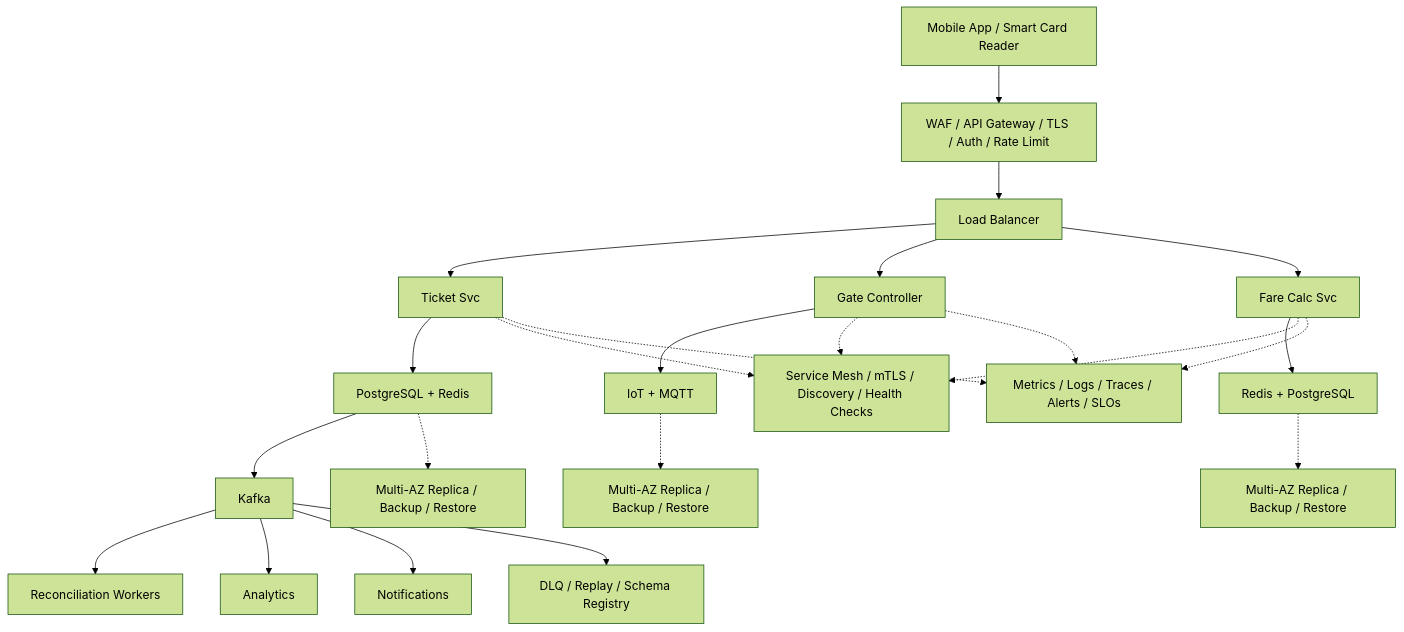
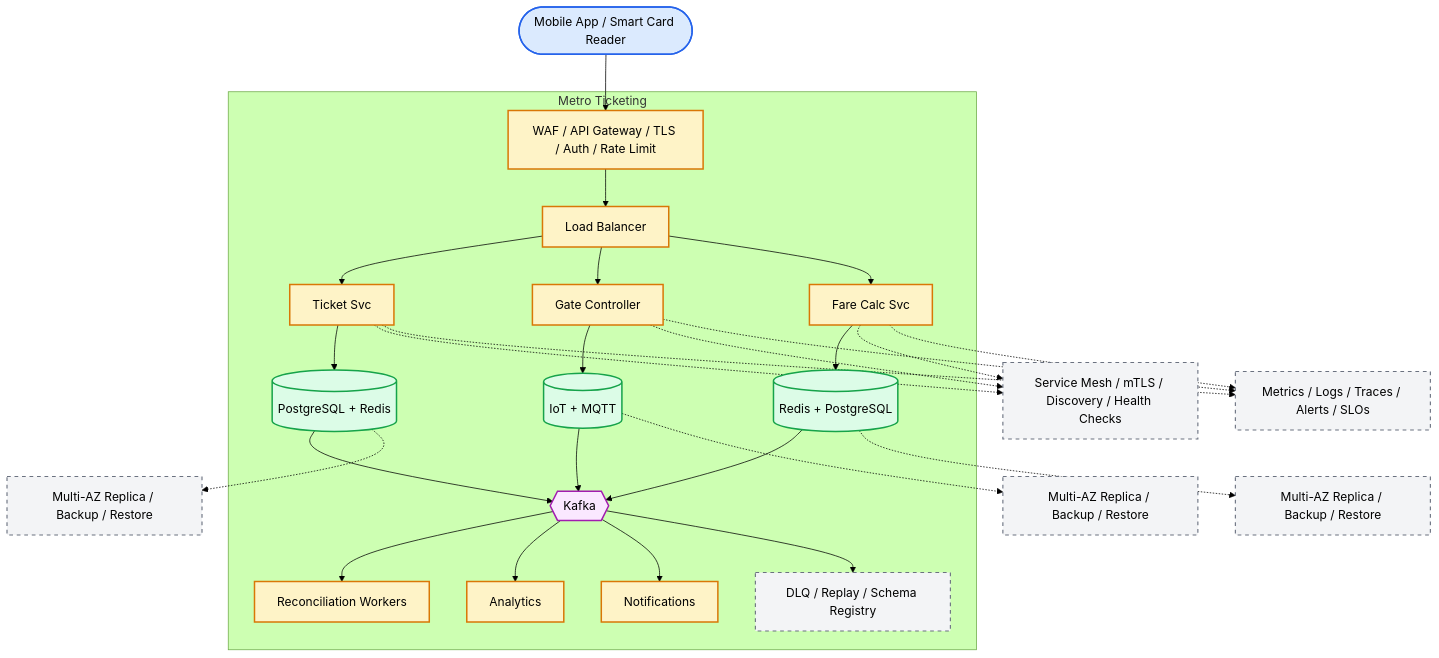
One commit to aishwary11/system-design changed the diagram in system-design-metro-ticketing.md. Above: the diagram before and after it, drawn with Mermaid (forest theme). The commit also changed other lines of this file and 36 other files, not shown here.

First line of the commit message:
Standardize all diagrams on C4-style Mermaid template

````diff
--- a/system-design-metro-ticketing.md
+++ b/system-design-metro-ticketing.md
@@ -44,25 +44,65 @@
 ```mermaid
 flowchart TB
-    clients["Mobile App / Smart Card Reader"] --> edge["WAF / API Gateway / TLS / Auth / Rate Limit"]
-    edge --> lb["Load Balancer"]
-    lb --> svc0["Ticket Svc"]
-    lb --> svc1["Gate Controller"]
-    lb --> svc2["Fare Calc Svc"]
-    svc0 --> store0["PostgreSQL + Redis"]
-    svc1 --> store1["IoT + MQTT"]
-    svc2 --> store2["Redis + PostgreSQL"]
-    store0 --> stream["Kafka"]
-    stream --> worker0["Reconciliation Workers"]
-    stream --> worker1["Analytics"]
-    stream --> worker2["Notifications"]
-    svc0 -.-> platform["Service Mesh / mTLS / Discovery / Health Checks"]
-    svc1 -.-> platform
-    svc2 -.-> platform
-    store0 -.-> backup0["Multi-AZ Replica / Backup / Restore"]
-    store1 -.-> backup1["Multi-AZ Replica / Backup / Restore"]
-    store2 -.-> backup2["Multi-AZ Replica / Backup / Restore"]
-    stream --> dlq["DLQ / Replay / Schema Registry"]
-    svc0 -.-> ops["Metrics / Logs / Traces / Alerts / SLOs"]
+    %% Actors (people)
+    clients(["Mobile App / Smart Card Reader"])
+
+    %% System boundary - containers owned by the platform
+    subgraph platform["Metro Ticketing"]
+        edge["WAF / API Gateway / TLS / Auth / Rate Limit"]
+        lb["Load Balancer"]
+        svc0["Ticket Svc"]
+        svc1["Gate Controller"]
+        svc2["Fare Calc Svc"]
+        store0[("PostgreSQL + Redis")]
+        store1[("IoT + MQTT")]
+        store2[("Redis + PostgreSQL")]
+        stream{{"Kafka"}}
+        worker0["Reconciliation Workers"]
+        worker1["Analytics"]
+        worker2["Notifications"]
+        dlq["DLQ / Replay / Schema Registry"]
+    end
+
+    %% Cross-cutting control plane (dashed edges)
+    mesh["Service Mesh / mTLS / Discovery / Health Checks"]
+    ops["Metrics / Logs / Traces / Alerts / SLOs"]
+    backup0["Multi-AZ Replica / Backup / Restore"]
+    backup1["Multi-AZ Replica / Backup / Restore"]
+    backup2["Multi-AZ Replica / Backup / Restore"]
+
+    clients --> edge
+    edge --> lb
+    lb --> svc0
+    lb --> svc1
+    lb --> svc2
+    svc0 --> store0
+    svc1 --> store1
+    svc2 --> store2
+    store0 --> stream
+    store1 --> stream
+    store2 --> stream
+    stream --> worker0
+    stream --> worker1
+    stream --> worker2
+    stream --> dlq
+    svc0 -.-> mesh
+    svc1 -.-> mesh
+    svc2 -.-> mesh
+    svc0 -.-> ops
     svc1 -.-> ops
     svc2 -.-> ops
+    store0 -.-> backup0
+    store1 -.-> backup1
+    store2 -.-> backup2
+
+    classDef actor fill:#dbeafe,stroke:#2563eb,stroke-width:2px
+    classDef service fill:#fef3c7,stroke:#d97706,stroke-width:2px
+    classDef store fill:#dcfce7,stroke:#16a34a,stroke-width:2px
+    classDef broker fill:#fae8ff,stroke:#a21caf,stroke-width:2px
+    classDef control fill:#f3f4f6,stroke:#6b7280,stroke-width:1.5px,stroke-dasharray:5 5
+    class clients actor
+    class edge,lb,svc0,svc1,svc2,worker0,worker1,worker2 service
+    class store0,store1,store2 store
+    class stream broker
+    class dlq,mesh,ops,backup0,backup1,backup2 control
 ```
````
